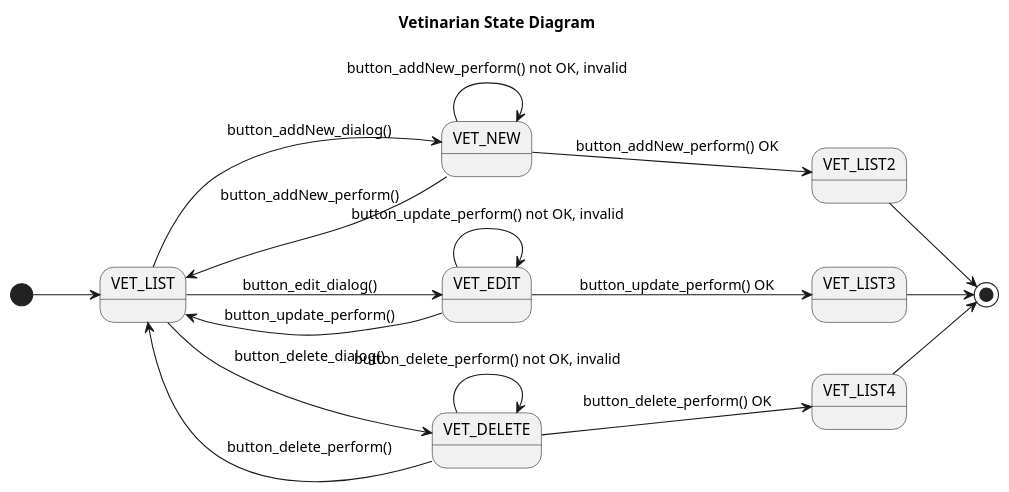
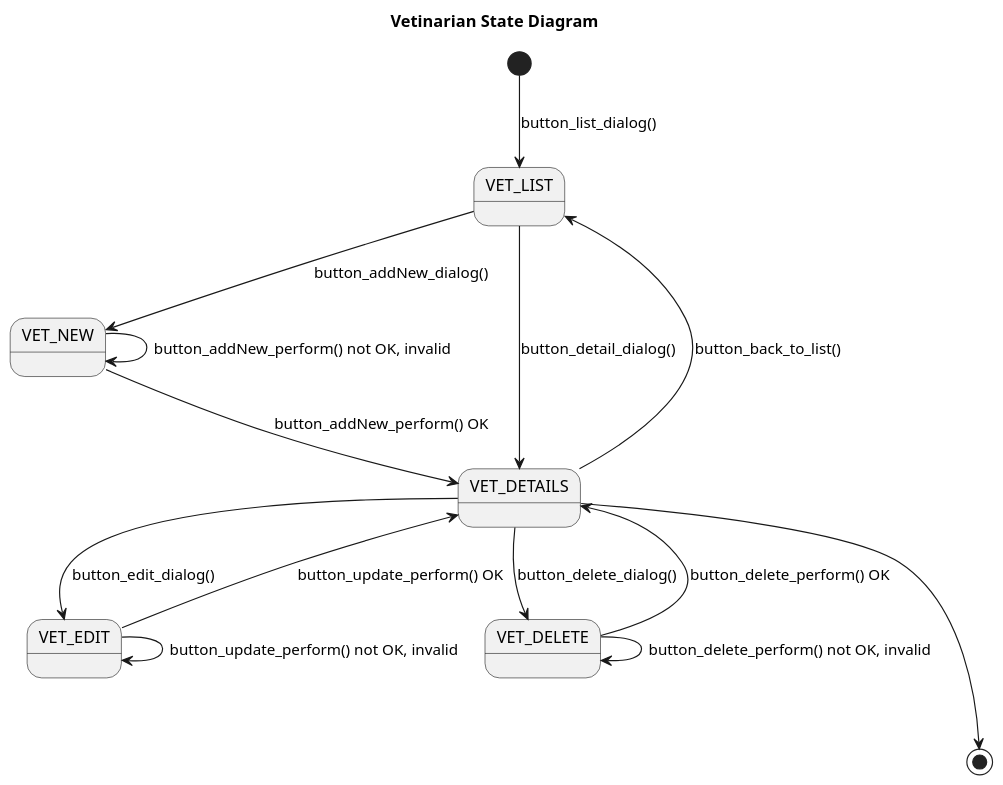
The diagram in puml/vet/concept/Vet__UseCase__State.puml (Jakarta-EE-Petclinic/petclinic-uml), drawn with PlantUML before and after one commit. The commit also changed 6 other files, not shown here.

```diff
--- a/puml/vet/concept/Vet__UseCase__State.puml
+++ b/puml/vet/concept/Vet__UseCase__State.puml
@@ -1,42 +1,37 @@
 @startuml
 
 title Vetinarian State Diagram
 
 'https://plantuml.com/state-diagram
 
-left to right direction
-' top to bottom direction
+' left to right direction
+top to bottom direction
 
 scale 1000 width
 
-[*] --> VET_LIST
+[*] --> VET_LIST: button_list_dialog()
 
 VET_LIST --> VET_NEW : button_addNew_dialog()
-VET_NEW --> VET_LIST: button_addNew_perform()
-VET_NEW --> VET_LIST2: button_addNew_perform() OK
-
-VET_LIST --> VET_EDIT: button_edit_dialog()
-VET_EDIT --> VET_LIST: button_update_perform()
-VET_EDIT --> VET_LIST3: button_update_perform() OK
-
-VET_LIST --> VET_DELETE: button_delete_dialog()
-VET_DELETE --> VET_LIST: button_delete_perform()
-VET_DELETE --> VET_LIST4: button_delete_perform() OK
-
-VET_LIST2 --> [*]
-VET_LIST3 --> [*]
-VET_LIST4 --> [*]
-
-
 state VET_NEW {
     VET_NEW --> VET_NEW : button_addNew_perform() not OK, invalid
 }
+VET_NEW --> VET_DETAILS: button_addNew_perform() OK
+
+VET_LIST --> VET_DETAILS: button_detail_dialog()
+VET_DETAILS --> VET_LIST : button_back_to_list()
+
+VET_DETAILS --> VET_EDIT: button_edit_dialog()
 state VET_EDIT {
     VET_EDIT --> VET_EDIT: button_update_perform() not OK, invalid
 }
+VET_EDIT --> VET_DETAILS: button_update_perform() OK
+
+VET_DETAILS --> VET_DELETE: button_delete_dialog()
 state VET_DELETE {
     VET_DELETE --> VET_DELETE: button_delete_perform() not OK, invalid
 }
+VET_DELETE --> VET_DETAILS: button_delete_perform() OK
 
+VET_DETAILS ---> [*]
 
 @enduml
```
